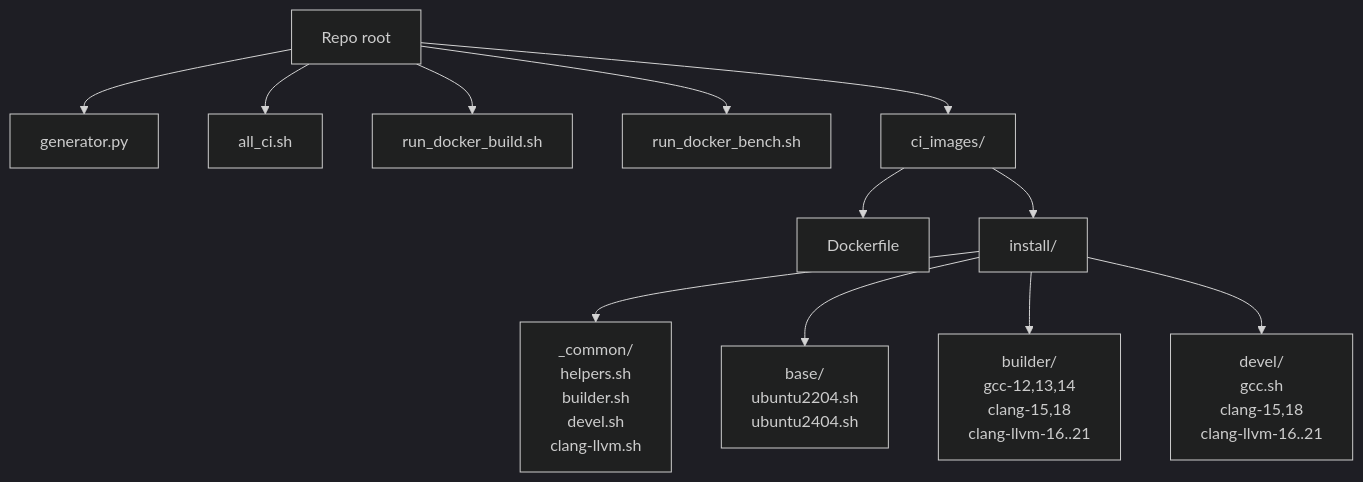
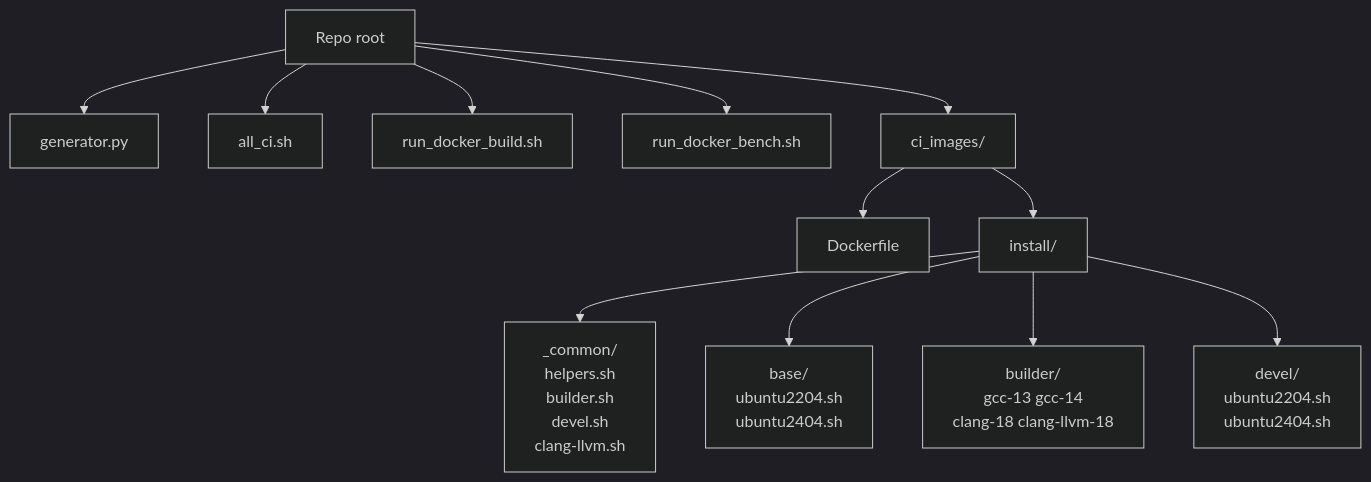
Before and after one commit to Silmaen/DockerImages: the first of 8 diagrams in README.md, drawn with Mermaid (dark theme). The commit also changed other lines of this file and 17 other files, not shown here.

````diff
--- a/README.md
+++ b/README.md
@@ -63,14 +66,14 @@
 ```mermaid
 graph TD
     R[Repo root] --> G[generator.py]
     R --> A[all_ci.sh]
     R --> B[run_docker_build.sh]
     R --> N[run_docker_bench.sh]
     R --> C[ci_images/]
     C --> D[Dockerfile]
     C --> I[install/]
     I --> CO[_common/<br/>helpers.sh<br/>builder.sh<br/>devel.sh<br/>clang-llvm.sh]
     I --> IB[base/<br/>ubuntu2204.sh<br/>ubuntu2404.sh]
-    I --> IR[builder/<br/>gcc-12,13,14<br/>clang-15,18<br/>clang-llvm-16..21]
-    I --> IV[devel/<br/>gcc.sh<br/>clang-15,18<br/>clang-llvm-16..21]
+    I --> IR[builder/<br/>gcc-13 gcc-14<br/>clang-18 clang-llvm-18]
+    I --> IV[devel/<br/>ubuntu2204.sh<br/>ubuntu2404.sh]
 ```
````
